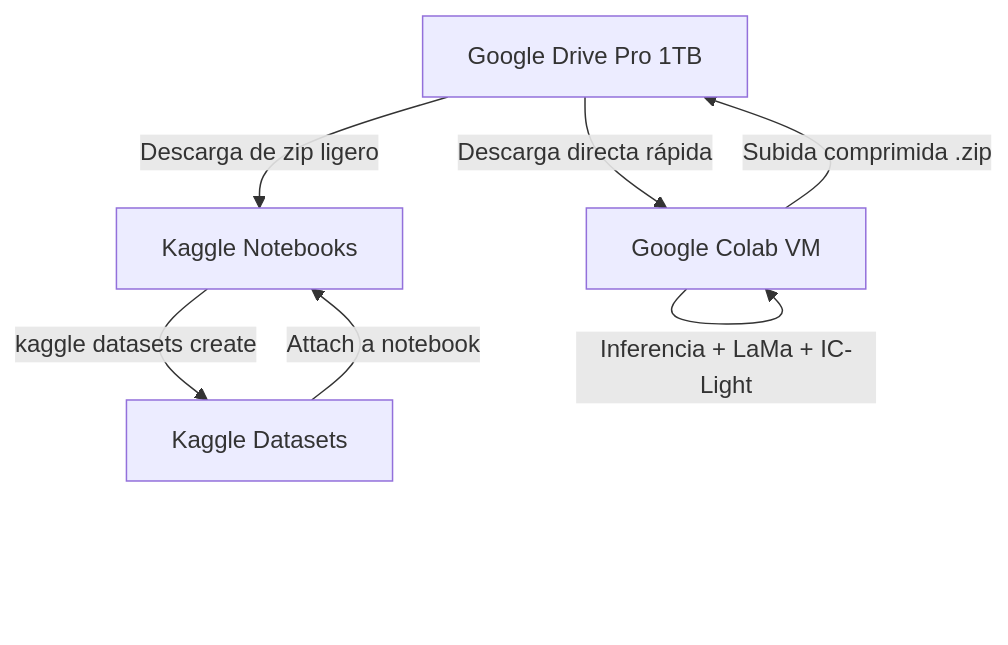
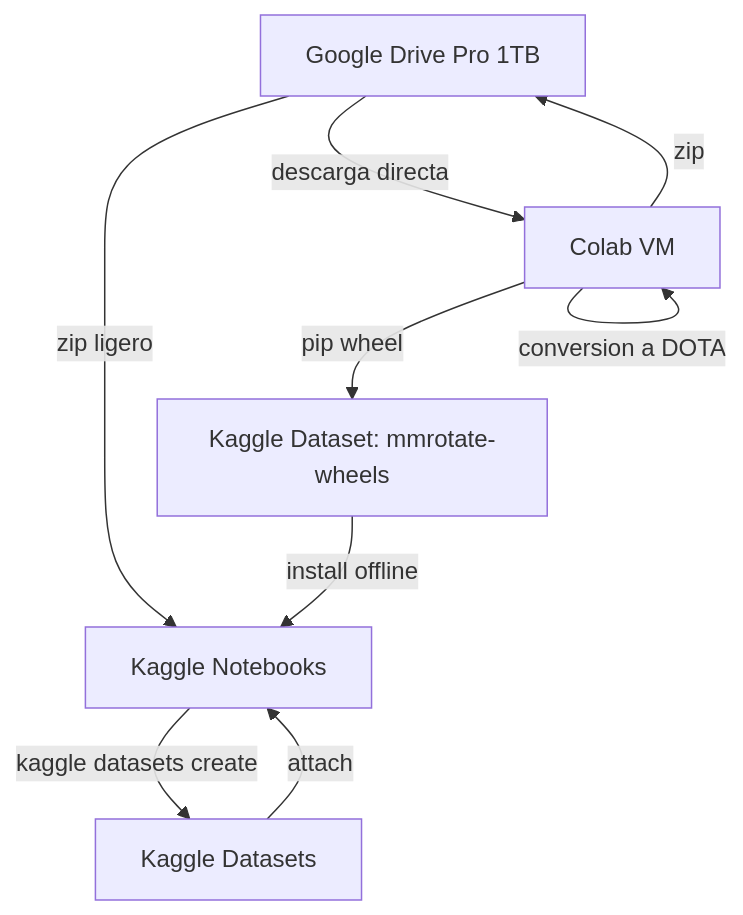
The second of 2 diagrams in .alvaro/01_procedimiento/plan/00_overview.md (unsa-semester-2026-A/ia_article), drawn with Mermaid before and after one commit. The commit also changed other lines of this file and 24 other files, not shown here.

````diff
--- a/.alvaro/01_procedimiento/plan/00_overview.md
+++ b/.alvaro/01_procedimiento/plan/00_overview.md
@@ -63,9 +132,12 @@
 ```mermaid
 graph TD
-    GD[Google Drive Pro 1TB] -->|Descarga directa rápida| GC[Google Colab VM]
-    GC -->|Inferencia + LaMa + IC-Light| GC
-    GC -->|Subida comprimida .zip| GD
-    GD -->|Descarga de zip ligero| KN[Kaggle Notebooks]
+    GD[Google Drive Pro 1TB] -->|descarga directa| GC[Colab VM]
+    GC -->|Fase 0 + LaMa + resize 640x360| GC
+    GC -->|conversion a DOTA| GC
+    GC -->|zip| GD
+    GD -->|zip ligero| KN[Kaggle Notebooks]
     KN -->|kaggle datasets create| K[Kaggle Datasets]
-    K -->|Attach a notebook| KN
+    K -->|attach| KN
+    GC -->|pip wheel| W[Kaggle Dataset: mmrotate-wheels]
+    W -->|install offline| KN
 ```
````
